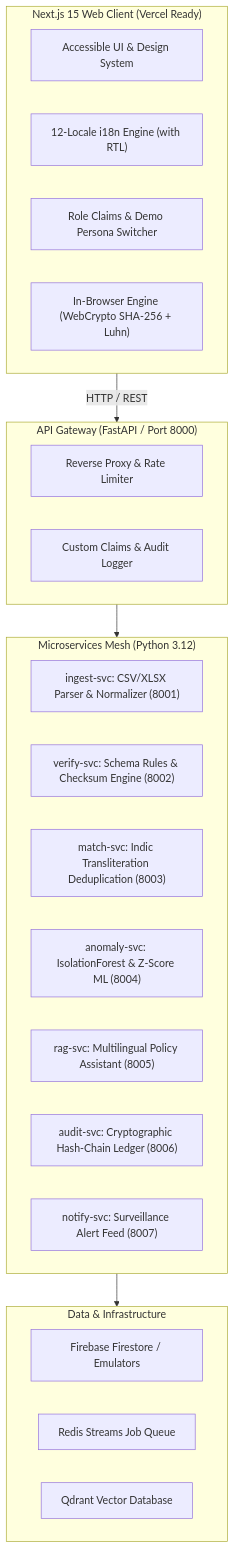
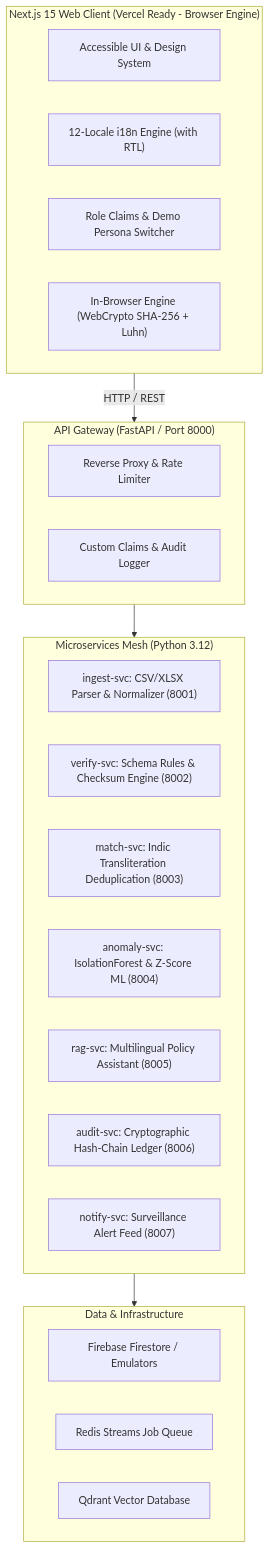
Before and after one commit to priyanrajj-hub/APAAR-Verify-APAAR-ID-Based-Student-Data-Management-Verification-for-AICTE-Institutions: the diagram in README.md, drawn with Mermaid. The commit also changed other lines of this file and 1 other file, not shown here.

````diff
--- a/README.md
+++ b/README.md
@@ -29,34 +28,34 @@
 ```mermaid
 flowchart TD
-    subgraph Client["Next.js 15 Web Client (Vercel Ready)"]
+    subgraph Client["Next.js 15 Web Client (Vercel Ready - Browser Engine)"]
         UI["Accessible UI & Design System"]
         I18N["12-Locale i18n Engine (with RTL)"]
         AUTH["Role Claims & Demo Persona Switcher"]
         FALLBACK["In-Browser Engine (WebCrypto SHA-256 + Luhn)"]
     end
 
     subgraph Gateway["API Gateway (FastAPI / Port 8000)"]
         PROXY["Reverse Proxy & Rate Limiter"]
         JWT["Custom Claims & Audit Logger"]
     end
 
     subgraph Services["Microservices Mesh (Python 3.12)"]
         INGEST["ingest-svc: CSV/XLSX Parser & Normalizer (8001)"]
         VERIFY["verify-svc: Schema Rules & Checksum Engine (8002)"]
         MATCH["match-svc: Indic Transliteration Deduplication (8003)"]
         ANOMALY["anomaly-svc: IsolationForest & Z-Score ML (8004)"]
         RAG["rag-svc: Multilingual Policy Assistant (8005)"]
         AUDIT["audit-svc: Cryptographic Hash-Chain Ledger (8006)"]
         NOTIFY["notify-svc: Surveillance Alert Feed (8007)"]
     end
 
     subgraph Data["Data & Infrastructure"]
         FS["Firebase Firestore / Emulators"]
         REDIS["Redis Streams Job Queue"]
         QDRANT["Qdrant Vector Database"]
     end
 
     Client -->|HTTP / REST| Gateway
     Gateway --> Services
     Services --> Data
 ```
````
